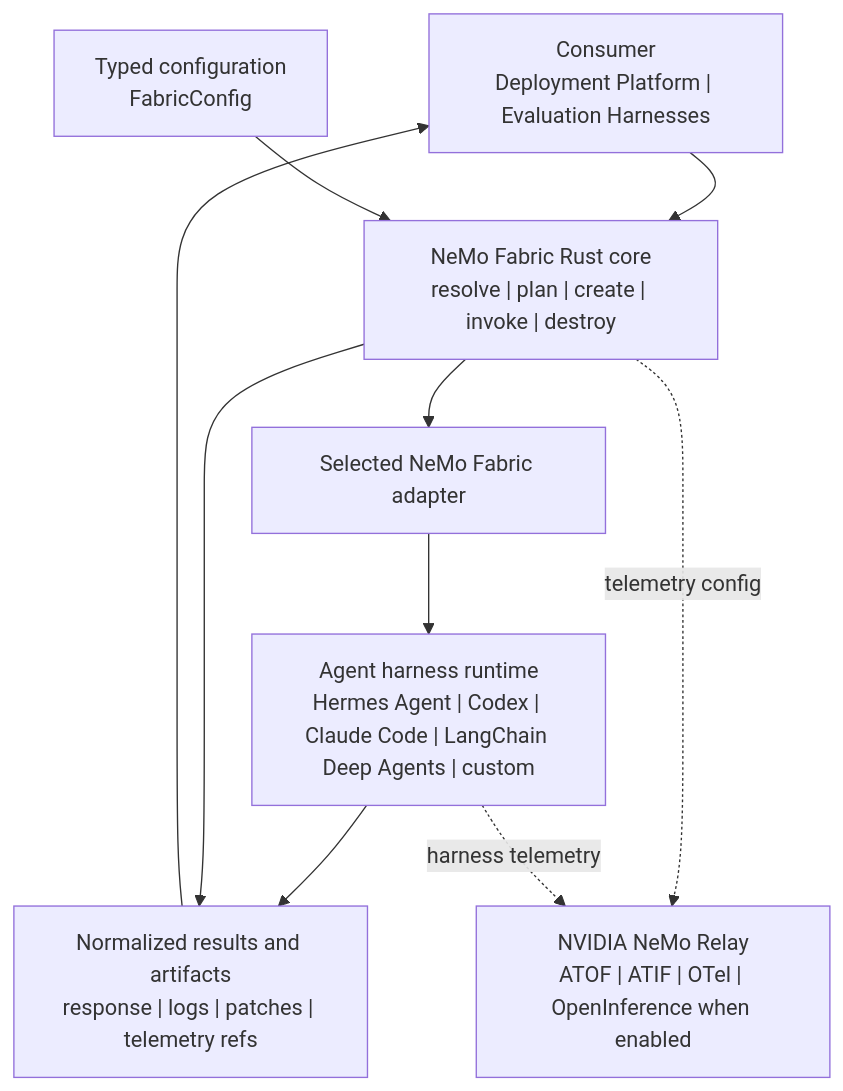
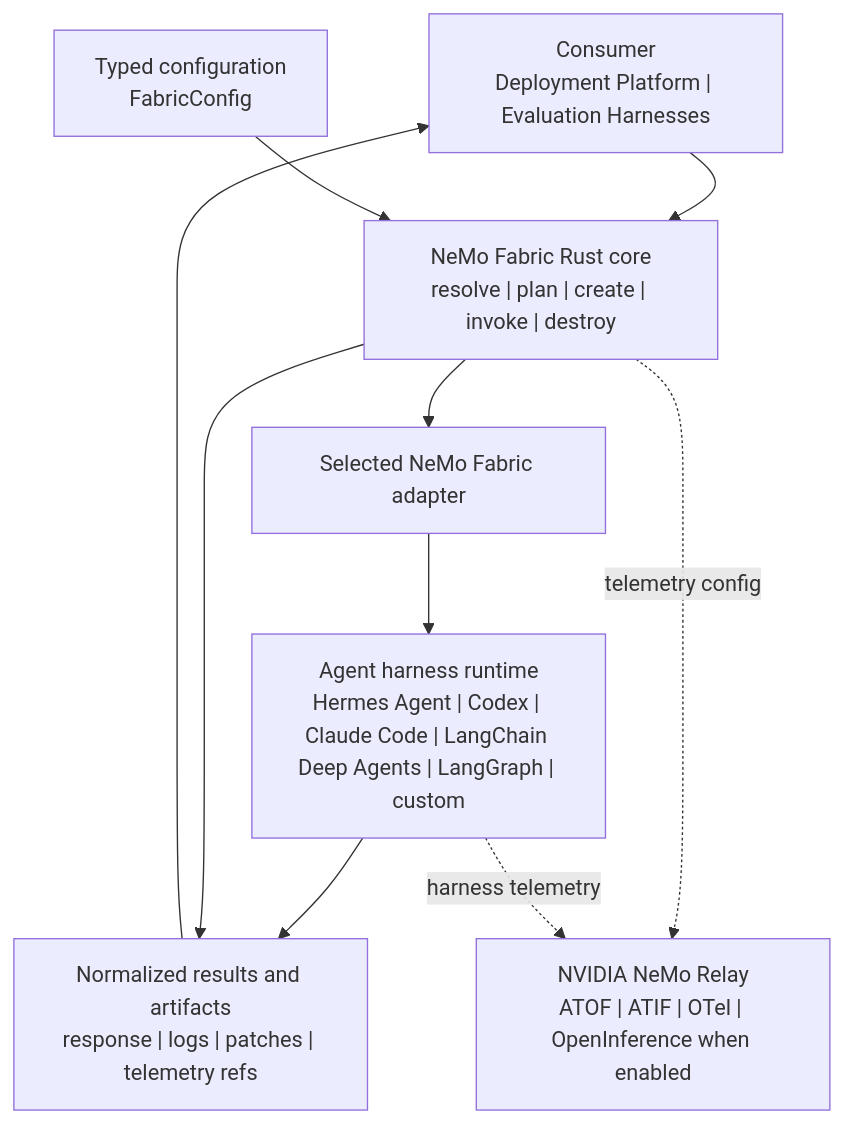
The diagram in README.md (NVIDIA/NeMo-Fabric), drawn with Mermaid before and after one commit. The commit also changed other lines of this file and 19 other files, not shown here.

````diff
--- a/README.md
+++ b/README.md
@@ -207,20 +208,20 @@
 ```mermaid
 flowchart TB
   Consumer["Consumer\nDeployment Platform | Evaluation Harnesses"]
   Config["Typed configuration\nFabricConfig"]
   Core["NeMo Fabric Rust core\nresolve | plan | create | invoke | destroy"]
   Adapter["Selected NeMo Fabric adapter"]
-  Harness["Agent harness runtime\nHermes Agent | Codex | Claude Code | LangChain Deep Agents | custom"]
+  Harness["Agent harness runtime\nHermes Agent | Codex | Claude Code | LangChain Deep Agents | LangGraph | custom"]
   Artifacts["Normalized results and artifacts\nresponse | logs | patches | telemetry refs"]
   Relay["NVIDIA NeMo Relay\nATOF | ATIF | OTel | OpenInference when enabled"]
 
   Consumer --> Core
   Config --> Core
   Core --> Adapter
   Adapter --> Harness
   Harness --> Artifacts
   Core --> Artifacts
   Artifacts --> Consumer
   Core -. telemetry config .-> Relay
   Harness -. harness telemetry .-> Relay
 ```
````
